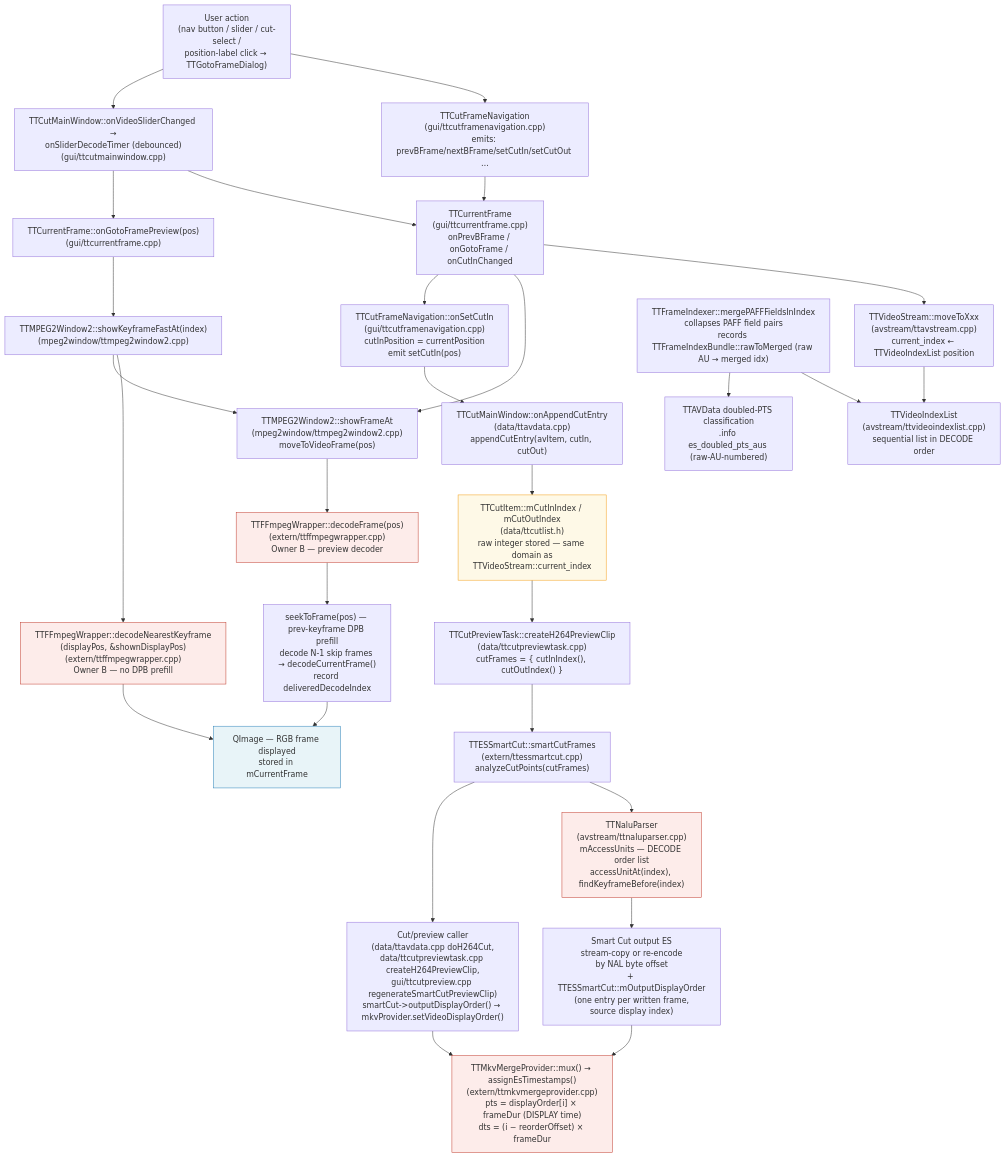
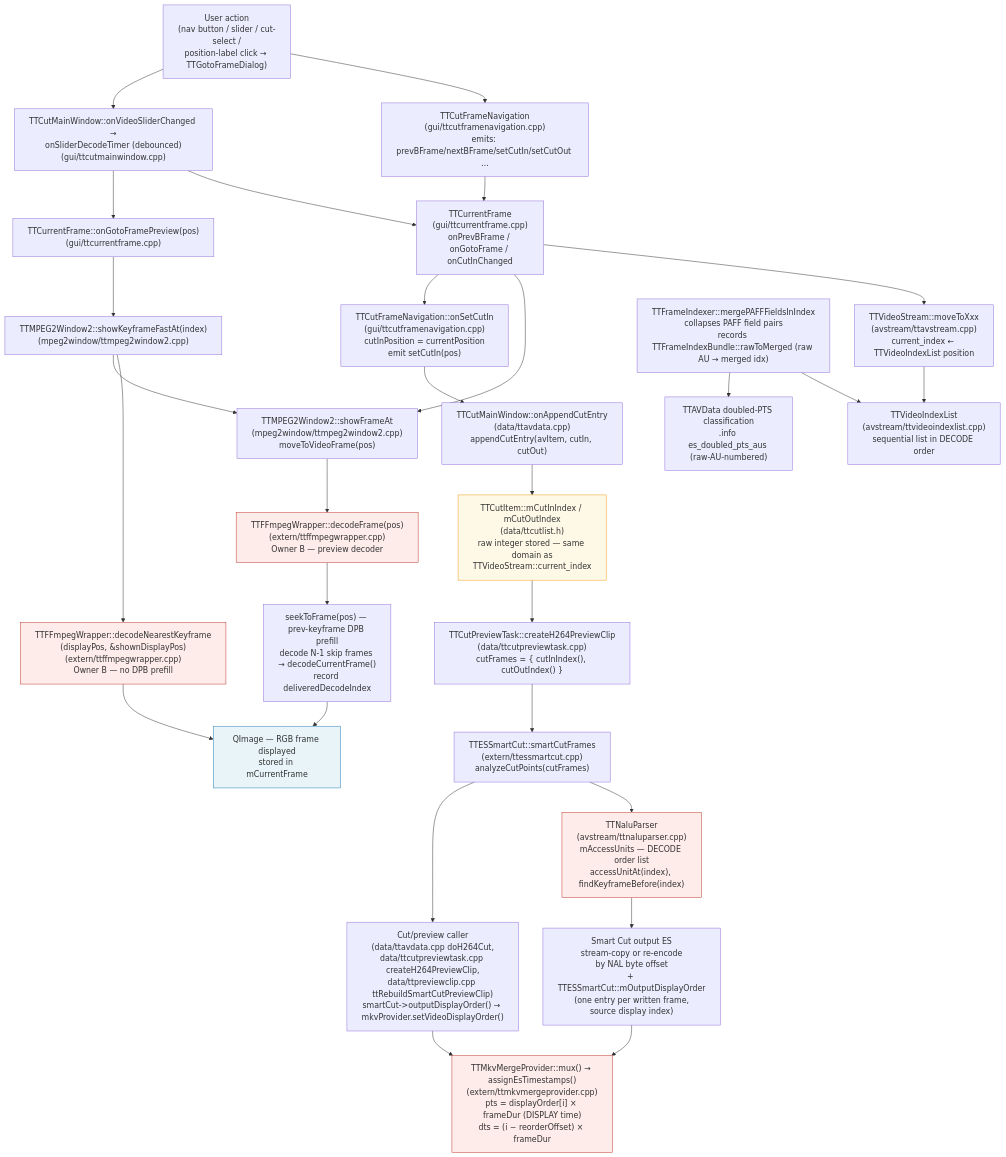
One commit to MINIXJR/TTCut-ng changed the diagram in docs/code-map/frame-order.md. Above: the diagram before and after it, drawn with Mermaid. The commit also changed 14 other files, not shown here.

````diff
--- a/docs/code-map/frame-order.md
+++ b/docs/code-map/frame-order.md
@@ -50,51 +50,51 @@
 ```mermaid
 flowchart TD
     A["User action<br/>(nav button / slider / cut-select /<br/>position-label click → TTGotoFrameDialog)"]
     B["TTCutFrameNavigation<br/>(gui/ttcutframenavigation.cpp)<br/>emits: prevBFrame/nextBFrame/setCutIn/setCutOut …"]
     C["TTCurrentFrame<br/>(gui/ttcurrentframe.cpp)<br/>onPrevBFrame / onGotoFrame / onCutInChanged"]
     D["TTVideoStream::moveToXxx<br/>(avstream/ttavstream.cpp)<br/>current_index ← TTVideoIndexList position"]
     E["TTVideoIndexList<br/>(avstream/ttvideoindexlist.cpp)<br/>sequential list in DECODE order"]
     F["TTMPEG2Window2::showFrameAt<br/>(mpeg2window/ttmpeg2window2.cpp)<br/>moveToVideoFrame(pos)"]
     G["TTFFmpegWrapper::decodeFrame(pos)<br/>(extern/ttffmpegwrapper.cpp)<br/>Owner B — preview decoder"]
     H["seekToFrame(pos) — prev-keyframe DPB prefill<br/>decode N-1 skip frames → decodeCurrentFrame()<br/>record deliveredDecodeIndex"]
     I["QImage — RGB frame displayed<br/>stored in mCurrentFrame"]
     SL["TTCutMainWindow::onVideoSliderChanged →<br/>onSliderDecodeTimer (debounced)<br/>(gui/ttcutmainwindow.cpp)"]
     GP["TTCurrentFrame::onGotoFramePreview(pos)<br/>(gui/ttcurrentframe.cpp)"]
     KF["TTMPEG2Window2::showKeyframeFastAt(index)<br/>(mpeg2window/ttmpeg2window2.cpp)"]
     NK["TTFFmpegWrapper::decodeNearestKeyframe<br/>(displayPos, &amp;shownDisplayPos)<br/>(extern/ttffmpegwrapper.cpp)<br/>Owner B — no DPB prefill"]
     J["TTCutFrameNavigation::onSetCutIn<br/>(gui/ttcutframenavigation.cpp)<br/>cutInPosition = currentPosition<br/>emit setCutIn(pos)"]
     K["TTCutMainWindow::onAppendCutEntry<br/>(data/ttavdata.cpp)<br/>appendCutEntry(avItem, cutIn, cutOut)"]
     L["TTCutItem::mCutInIndex / mCutOutIndex<br/>(data/ttcutlist.h)<br/>raw integer stored — same domain as<br/>TTVideoStream::current_index"]
     M["TTCutPreviewTask::createH264PreviewClip<br/>(data/ttcutpreviewtask.cpp)<br/>cutFrames = { cutInIndex(), cutOutIndex() }"]
     N["TTESSmartCut::smartCutFrames<br/>(extern/ttessmartcut.cpp)<br/>analyzeCutPoints(cutFrames)"]
     O["TTNaluParser<br/>(avstream/ttnaluparser.cpp)<br/>mAccessUnits — DECODE order list<br/>accessUnitAt(index), findKeyframeBefore(index)"]
     P["Smart Cut output ES<br/>stream-copy or re-encode<br/>by NAL byte offset<br/>+ TTESSmartCut::mOutputDisplayOrder<br/>(one entry per written frame,<br/>source display index)"]
-    Q["Cut/preview caller<br/>(data/ttavdata.cpp doH264Cut,<br/>data/ttcutpreviewtask.cpp createH264PreviewClip,<br/>gui/ttcutpreview.cpp regenerateSmartCutPreviewClip)<br/>smartCut->outputDisplayOrder() → mkvProvider.setVideoDisplayOrder()"]
+    Q["Cut/preview caller<br/>(data/ttavdata.cpp doH264Cut,<br/>data/ttcutpreviewtask.cpp createH264PreviewClip,<br/>data/ttpreviewclip.cpp ttRebuildSmartCutPreviewClip)<br/>smartCut->outputDisplayOrder() → mkvProvider.setVideoDisplayOrder()"]
     R["TTMkvMergeProvider::mux() → assignEsTimestamps()<br/>(extern/ttmkvmergeprovider.cpp)<br/>pts = displayOrder[i] × frameDur (DISPLAY time)<br/>dts = (i − reorderOffset) × frameDur"]
 
     MRG["TTFrameIndexer::mergePAFFFieldsInIndex<br/>collapses PAFF field pairs<br/>records TTFrameIndexBundle::rawToMerged (raw AU → merged idx)"]
     DPC["TTAVData doubled-PTS classification<br/>.info es_doubled_pts_aus (raw-AU-numbered)"]
 
     A --> B --> C
     C --> D --> E
     MRG --> E
     MRG --> DPC
     C --> F
     F --> G --> H --> I
     C --> J --> K --> L
     L --> M --> N --> O --> P
     N --> Q --> R
     P --> R
     A --> SL
     SL --> C
     SL --> GP --> KF
     KF --> NK --> I
     KF --> F
 
     style I fill:#e8f4f8,stroke:#2980b9
     style L fill:#fef9e7,stroke:#f39c12
     style G fill:#fdecea,stroke:#c0392b
     style O fill:#fdecea,stroke:#c0392b
     style R fill:#fdecea,stroke:#c0392b
     style NK fill:#fdecea,stroke:#c0392b
 ```
````
